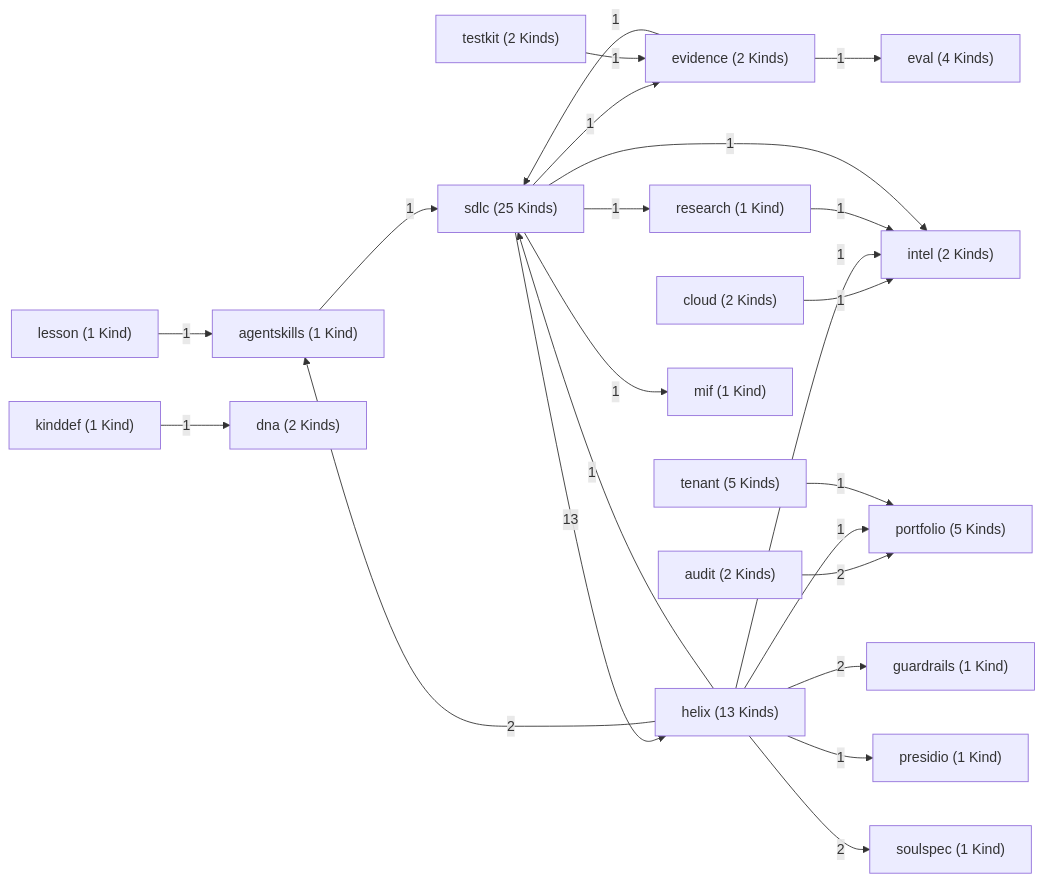
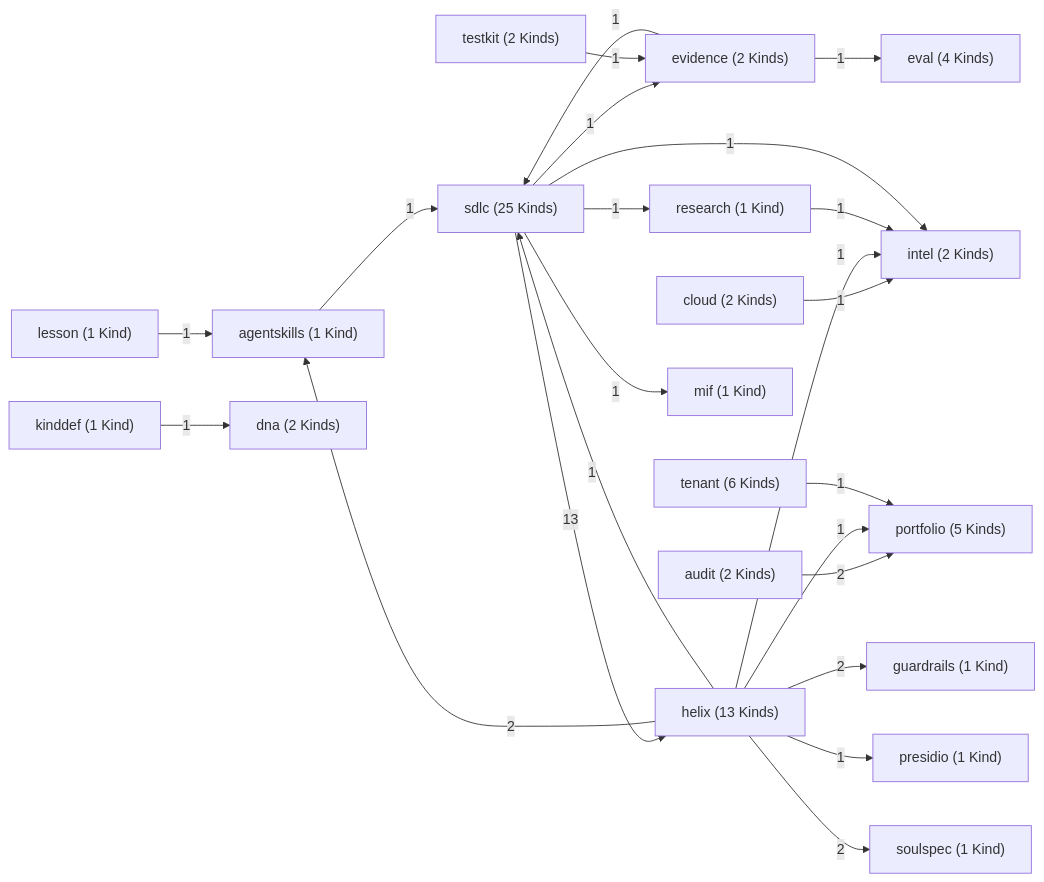
Before and after one commit to ruinosus/dna: the first of 12 diagrams in docs/reference/data-model.md, drawn with Mermaid. The commit also changed other lines of this file and 14 other files, not shown here.

````diff
--- a/docs/reference/data-model.md
+++ b/docs/reference/data-model.md
@@ -84,44 +84,44 @@
 ```mermaid
 flowchart LR
     agentskills["agentskills (1 Kind)"]
     audit["audit (2 Kinds)"]
     cloud["cloud (2 Kinds)"]
     dna["dna (2 Kinds)"]
     eval["eval (4 Kinds)"]
     evidence["evidence (2 Kinds)"]
     guardrails["guardrails (1 Kind)"]
     helix["helix (13 Kinds)"]
     intel["intel (2 Kinds)"]
     kinddef["kinddef (1 Kind)"]
     lesson["lesson (1 Kind)"]
     mif["mif (1 Kind)"]
     portfolio["portfolio (5 Kinds)"]
     presidio["presidio (1 Kind)"]
     research["research (1 Kind)"]
     sdlc["sdlc (25 Kinds)"]
     soulspec["soulspec (1 Kind)"]
-    tenant["tenant (5 Kinds)"]
+    tenant["tenant (6 Kinds)"]
     testkit["testkit (2 Kinds)"]
     agentskills -->|1| sdlc
     audit -->|2| portfolio
     cloud -->|1| intel
     evidence -->|1| eval
     evidence -->|1| sdlc
     helix -->|2| agentskills
     helix -->|2| guardrails
     helix -->|1| intel
     helix -->|1| portfolio
     helix -->|1| presidio
     helix -->|1| sdlc
     helix -->|2| soulspec
     kinddef -->|1| dna
     lesson -->|1| agentskills
     research -->|1| intel
     sdlc -->|1| evidence
     sdlc -->|13| helix
     sdlc -->|1| intel
     sdlc -->|1| mif
     sdlc -->|1| research
     tenant -->|1| portfolio
     testkit -->|1| evidence
 ```
````
